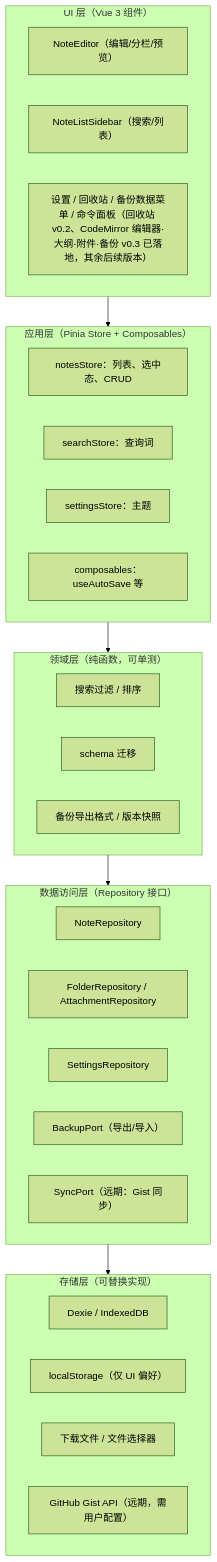
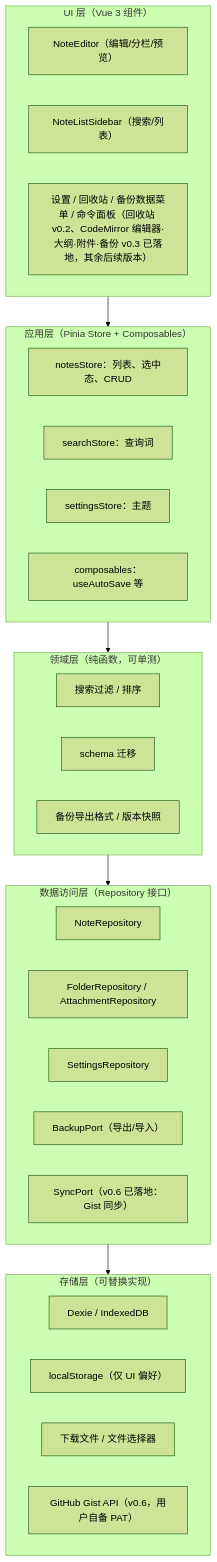
Before and after one commit to 514215834/TinyNote: the diagram in docs/ARCHITECTURE.md, drawn with Mermaid (forest theme). The commit also changed other lines of this file and 19 other files, not shown here.

First line of the commit message:
feat(sync): GitHub Gist 全量同步 + 三方合并冲突处理 + 可选端到端加密（F-501/F-502/F-503）

````diff
--- a/docs/ARCHITECTURE.md
+++ b/docs/ARCHITECTURE.md
@@ -46,34 +46,34 @@
 ```mermaid
 flowchart TB
     subgraph UI["UI 层（Vue 3 组件）"]
         A1["NoteEditor（编辑/分栏/预览）"]
         A2["NoteListSidebar（搜索/列表）"]
         A3["设置 / 回收站 / 备份数据菜单 / 命令面板（回收站 v0.2、CodeMirror 编辑器·大纲·附件·备份 v0.3 已落地，其余后续版本）"]
     end
     subgraph APP["应用层（Pinia Store + Composables）"]
         B1["notesStore：列表、选中态、CRUD"]
         B2["searchStore：查询词"]
         B3["settingsStore：主题"]
         B4["composables：useAutoSave 等"]
     end
     subgraph DOMAIN["领域层（纯函数，可单测）"]
         C1["搜索过滤 / 排序"]
         C2["schema 迁移"]
         C3["备份导出格式 / 版本快照"]
     end
     subgraph DATA["数据访问层（Repository 接口）"]
         D1["NoteRepository"]
         D2["FolderRepository / AttachmentRepository"]
         D3["SettingsRepository"]
         D4["BackupPort（导出/导入）"]
-        D5["SyncPort（远期：Gist 同步）"]
+        D5["SyncPort（v0.6 已落地：Gist 同步）"]
     end
     subgraph STORAGE["存储层（可替换实现）"]
         E1["Dexie / IndexedDB"]
         E2["localStorage（仅 UI 偏好）"]
         E3["下载文件 / 文件选择器"]
-        E4["GitHub Gist API（远期，需用户配置）"]
+        E4["GitHub Gist API（v0.6，用户自备 PAT）"]
     end
 
     UI --> APP --> DOMAIN --> DATA --> STORAGE
 ```
````
